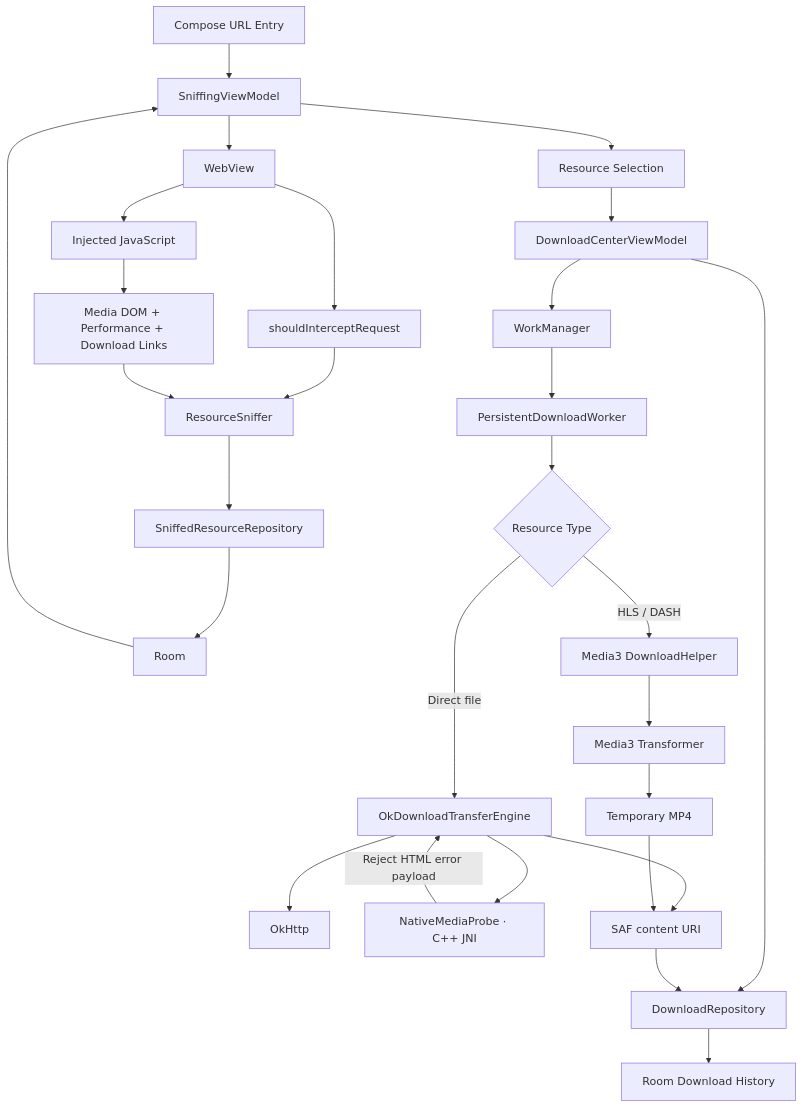
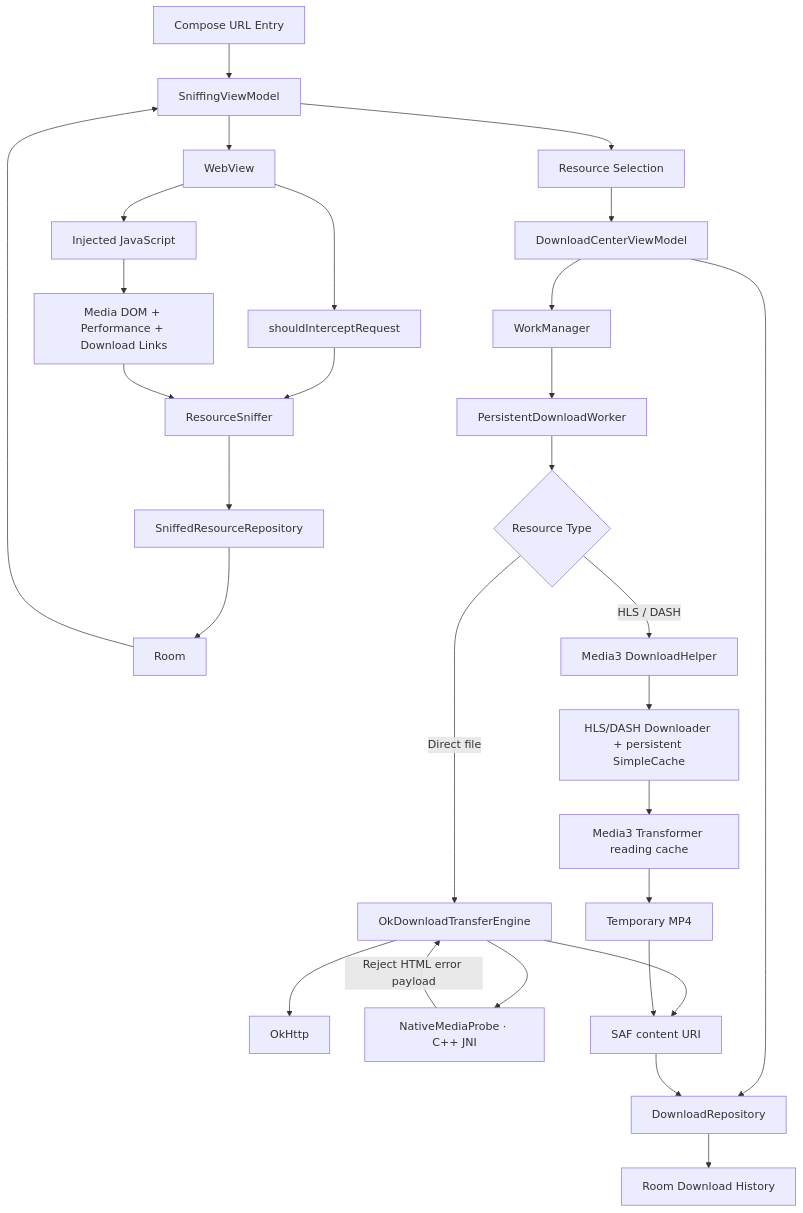
One commit to sxsbsxs/file-sniffing changed the diagram in ARCHITECTURE.md. Above: the diagram before and after it, drawn with Mermaid. The commit also changed other lines of this file and 7 other files, not shown here.

Commit message:
feat(download): resume HLS and DASH from cached segments

````diff
--- a/ARCHITECTURE.md
+++ b/ARCHITECTURE.md
@@ -5,32 +5,33 @@
 ```mermaid
 flowchart TD
     A[Compose URL Entry] --> B[SniffingViewModel]
     B --> C[WebView]
     C --> D[shouldInterceptRequest]
     C --> E[Injected JavaScript]
     D --> F[ResourceSniffer]
     E --> E1[Media DOM + Performance + Download Links]
     E1 --> F
     F --> G[SniffedResourceRepository]
     G --> H[Room]
     H --> B
 
     B --> I[Resource Selection]
     I --> J[DownloadCenterViewModel]
     J --> K[DownloadRepository]
     K --> L[Room Download History]
     J --> M[WorkManager]
 
     M --> N[PersistentDownloadWorker]
     N --> O{Resource Type}
     O -->|Direct file| P[OkDownloadTransferEngine]
     P --> Q[OkHttp]
     P --> V[NativeMediaProbe · C++ JNI]
     V -->|Reject HTML error payload| P
     O -->|HLS / DASH| R[Media3 DownloadHelper]
-    R --> S[Media3 Transformer]
+    R --> R1[HLS/DASH Downloader + persistent SimpleCache]
+    R1 --> S[Media3 Transformer reading cache]
     S --> T[Temporary MP4]
     P --> U[SAF content URI]
     T --> U
     U --> K
 ```
````
